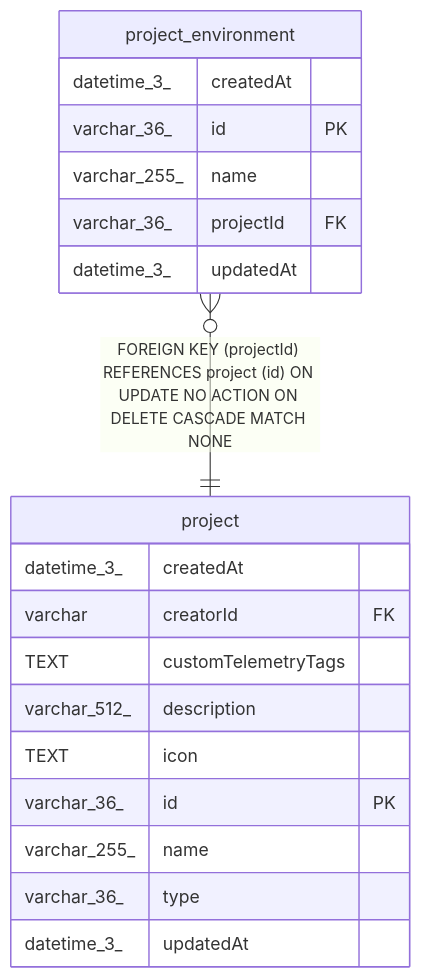
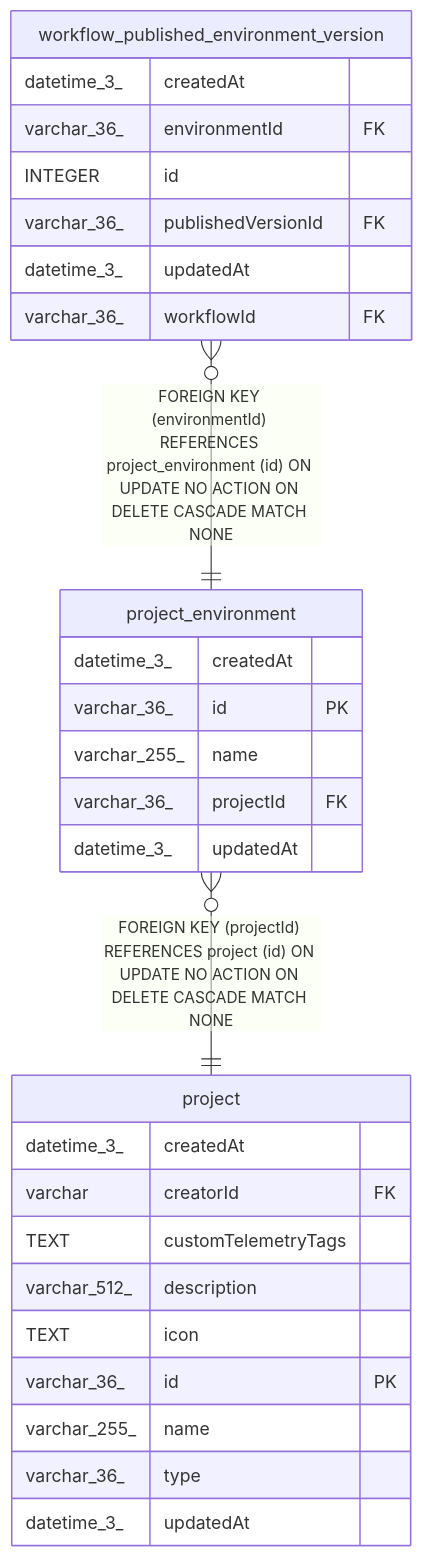
One commit to mayankjain1815-commits/n8n changed the diagram in docs/generated/sqlite-schema/project_environment.md. Above: the diagram before and after it, drawn with Mermaid. The commit also changed other lines of this file and 36 other files, not shown here.

````diff
--- a/docs/generated/sqlite-schema/project_environment.md
+++ b/docs/generated/sqlite-schema/project_environment.md
@@ -41,24 +41,33 @@
 ```mermaid
 erDiagram
 
+"workflow_published_environment_version" }o--|| "project_environment" : "FOREIGN KEY (environmentId) REFERENCES project_environment (id) ON UPDATE NO ACTION ON DELETE CASCADE MATCH NONE"
 "project_environment" }o--|| "project" : "FOREIGN KEY (projectId) REFERENCES project (id) ON UPDATE NO ACTION ON DELETE CASCADE MATCH NONE"
 
 "project_environment" {
   datetime_3_ createdAt
   varchar_36_ id PK
   varchar_255_ name
   varchar_36_ projectId FK
   datetime_3_ updatedAt
+}
+"workflow_published_environment_version" {
+  datetime_3_ createdAt
+  varchar_36_ environmentId FK
+  INTEGER id
+  varchar_36_ publishedVersionId FK
+  datetime_3_ updatedAt
+  varchar_36_ workflowId FK
 }
 "project" {
   datetime_3_ createdAt
   varchar creatorId FK
   TEXT customTelemetryTags
   varchar_512_ description
   TEXT icon
   varchar_36_ id PK
   varchar_255_ name
   varchar_36_ type
   datetime_3_ updatedAt
 }
 ```
````
